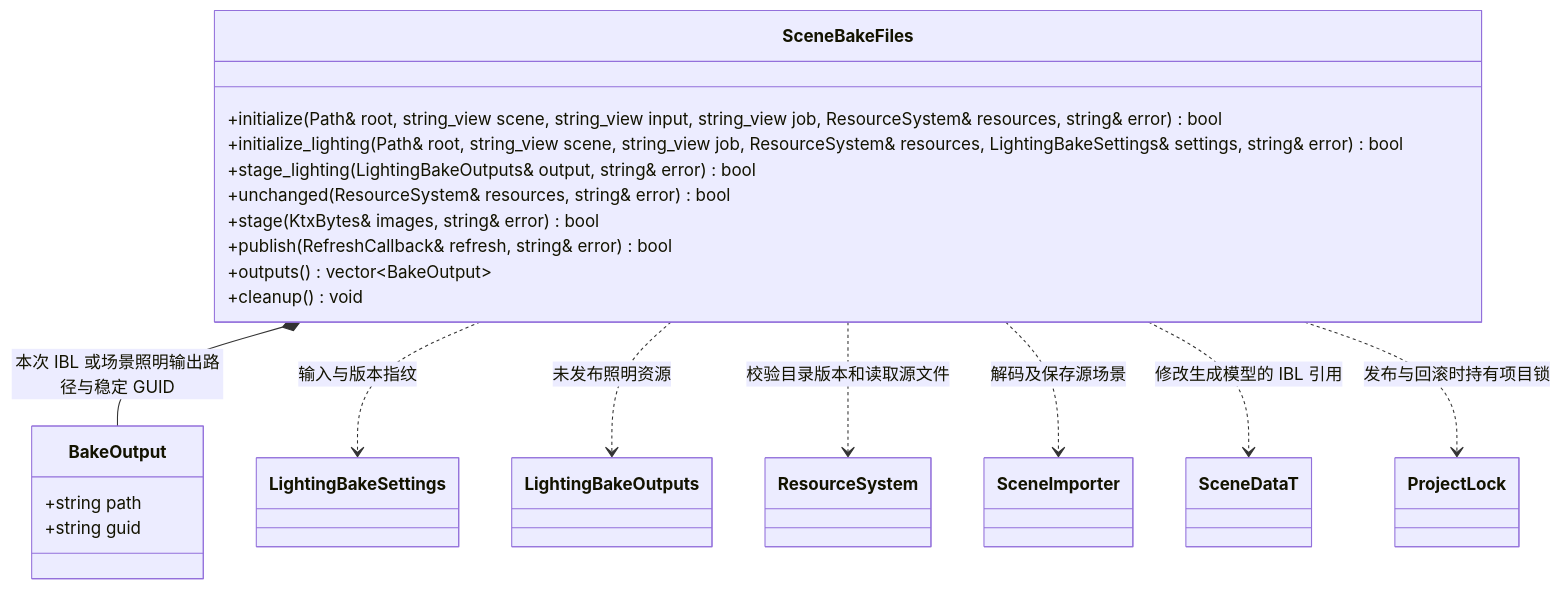
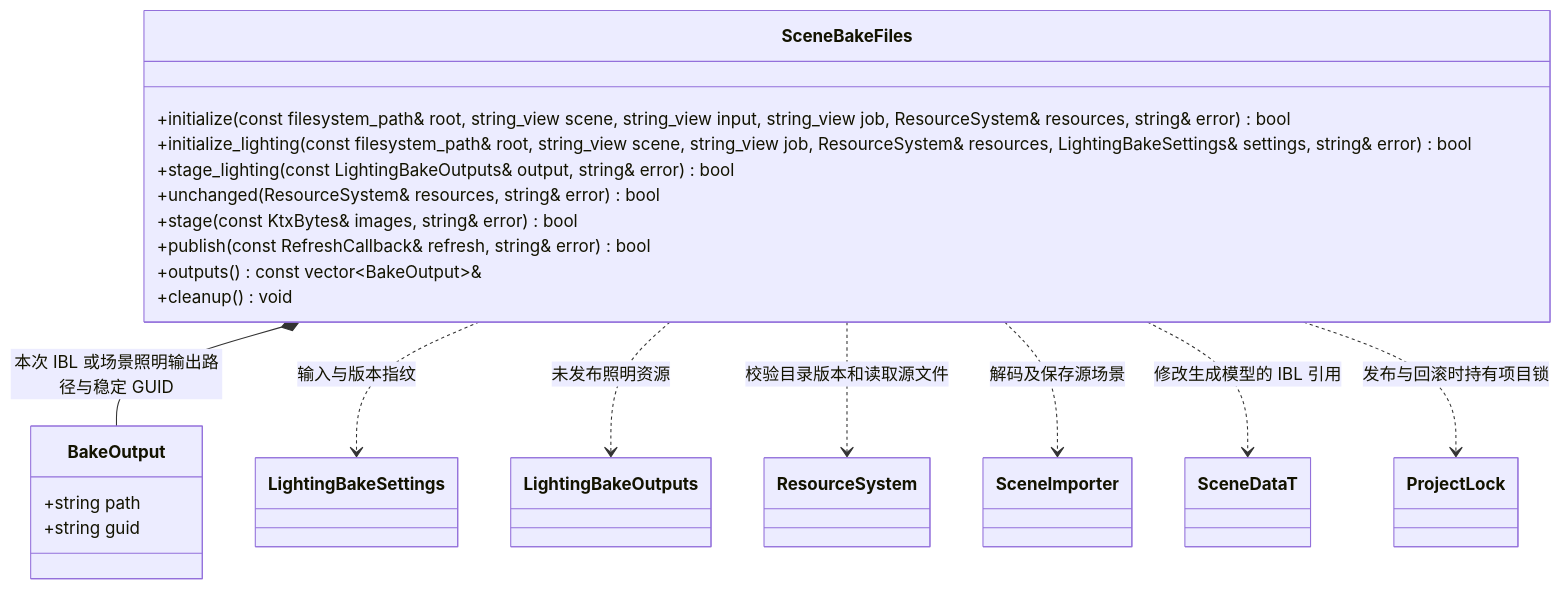
One commit to lcals/Engine changed the third of 3 diagrams in docs/plugins/editor/class-diagrams/scene-bake.md. Above: the diagram before and after it, drawn with Mermaid. The commit also changed other lines of this file and 222 other files, not shown here.

Commit message:
Consolidate editor asset imports and align architecture documentation

````diff
--- a/docs/plugins/editor/class-diagrams/scene-bake.md
+++ b/docs/plugins/editor/class-diagrams/scene-bake.md
@@ -71,30 +71,30 @@
 ```mermaid
 classDiagram
     class SceneBakeFiles {
-        +initialize(Path& root, string_view scene, string_view input, string_view job, ResourceSystem& resources, string& error) bool
-        +initialize_lighting(Path& root, string_view scene, string_view job, ResourceSystem& resources, LightingBakeSettings& settings, string& error) bool
-        +stage_lighting(LightingBakeOutputs& output, string& error) bool
+        +initialize(const filesystem_path& root, string_view scene, string_view input, string_view job, ResourceSystem& resources, string& error) bool
+        +initialize_lighting(const filesystem_path& root, string_view scene, string_view job, ResourceSystem& resources, LightingBakeSettings& settings, string& error) bool
+        +stage_lighting(const LightingBakeOutputs& output, string& error) bool
         +unchanged(ResourceSystem& resources, string& error) bool
-        +stage(KtxBytes& images, string& error) bool
-        +publish(RefreshCallback& refresh, string& error) bool
-        +outputs() vector~BakeOutput~
+        +stage(const KtxBytes& images, string& error) bool
+        +publish(const RefreshCallback& refresh, string& error) bool
+        +outputs() const vector~BakeOutput~&
         +cleanup() void
     }
     class BakeOutput {
         +string path
         +string guid
     }
     class ResourceSystem
     class SceneImporter
     class LightingBakeSettings
     class LightingBakeOutputs
     class SceneDataT
     class ProjectLock
     SceneBakeFiles *-- BakeOutput : 本次 IBL 或场景照明输出路径与稳定 GUID
     SceneBakeFiles ..> LightingBakeSettings : 输入与版本指纹
     SceneBakeFiles ..> LightingBakeOutputs : 未发布照明资源
     SceneBakeFiles ..> ResourceSystem : 校验目录版本和读取源文件
     SceneBakeFiles ..> SceneImporter : 解码及保存源场景
     SceneBakeFiles ..> SceneDataT : 修改生成模型的 IBL 引用
     SceneBakeFiles ..> ProjectLock : 发布与回滚时持有项目锁
 ```
````
